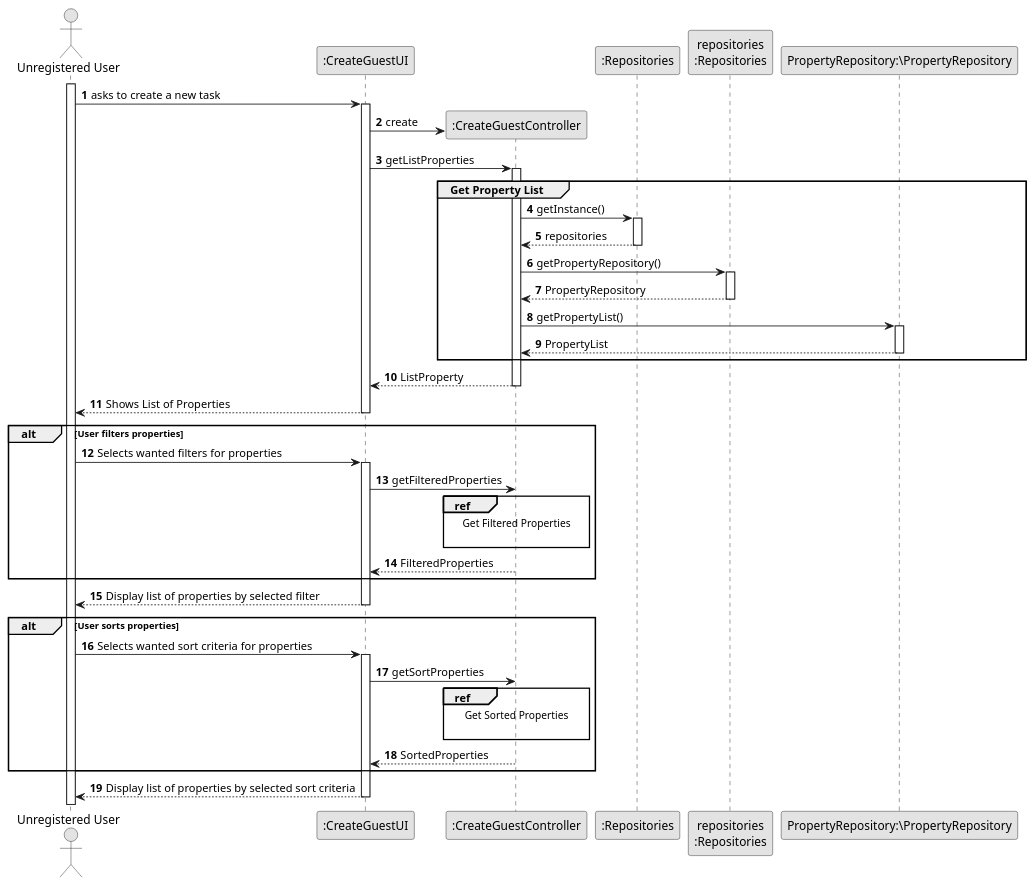
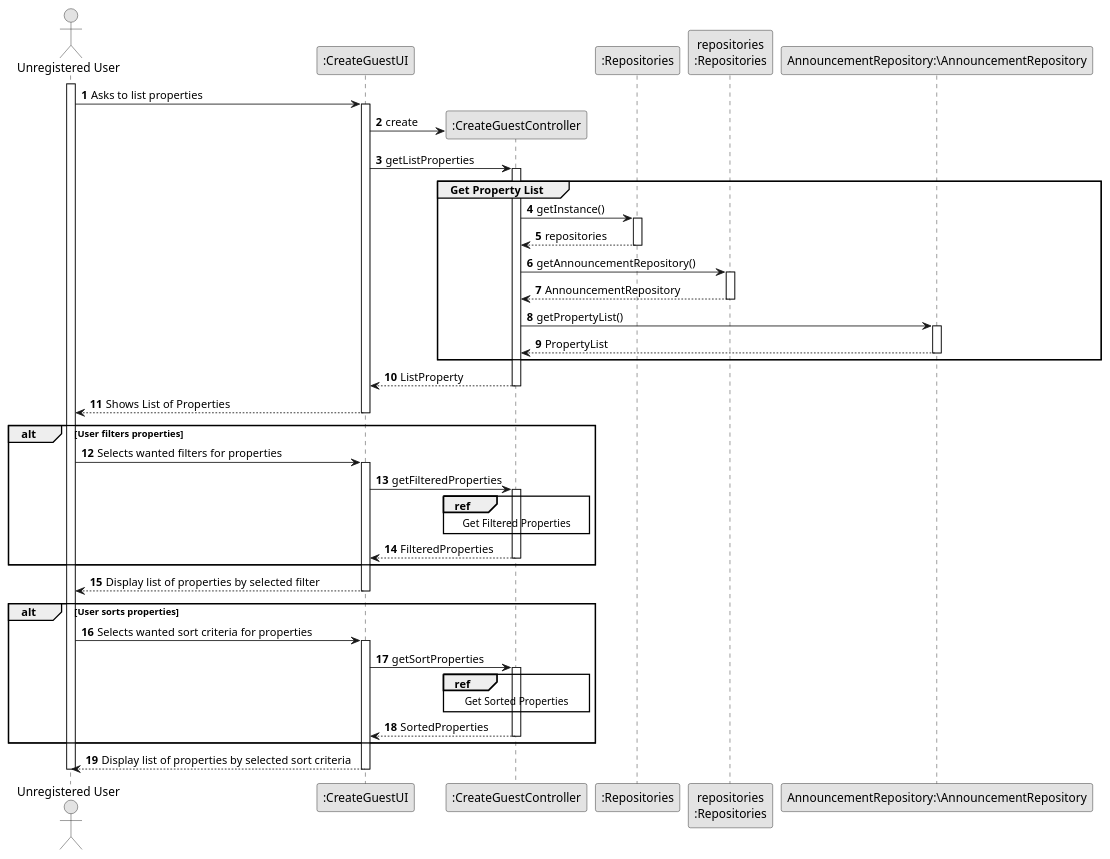
One commit to hugosilva2901/lei-22-s2-1DO-g68 changed the diagram in lei-22-s2-1do-g68/docs/SprintB/us001/03.design/puml/us001-sequence-diagram-full.puml. Above: the diagram before and after it, drawn with PlantUML. The commit also changed 8 other files, not shown here.

```diff
--- a/lei-22-s2-1do-g68/docs/SprintB/us001/03.design/puml/us001-sequence-diagram-full.puml
+++ b/lei-22-s2-1do-g68/docs/SprintB/us001/03.design/puml/us001-sequence-diagram-full.puml
@@ -1,85 +1,89 @@
 @startuml
 skinparam monochrome true
 skinparam packageStyle rectangle
 skinparam shadowing false
 
 autonumber
 
 'hide footbox
 actor "Unregistered User" as ADM
 participant ":CreateGuestUI" as UI
 participant ":CreateGuestController" as CTRL
 participant ":Repositories" as RepositorySingleton
 participant "repositories\n:Repositories" as PLAT
-participant "PropertyRepository:\PropertyRepository" as PropertyRepository
+participant "AnnouncementRepository:\AnnouncementRepository" as AnnouncementRepository
 
 
 
 
 activate ADM
 
-        ADM -> UI : asks to create a new task
+        ADM -> UI : Asks to list properties
 
         activate UI
 
 
             UI -> CTRL** : create
 
             UI -> CTRL : getListProperties
             activate CTRL
 
 
 group Get Property List
                 CTRL -> RepositorySingleton : getInstance()
                 activate RepositorySingleton
 
                     RepositorySingleton --> CTRL: repositories
                 deactivate RepositorySingleton
 
-                CTRL -> PLAT : getPropertyRepository()
+                CTRL -> PLAT : getAnnouncementRepository()
                 activate PLAT
 
-                    PLAT --> CTRL: PropertyRepository
+                    PLAT --> CTRL: AnnouncementRepository
                 deactivate PLAT
 
-    CTRL -> PropertyRepository : getPropertyList()
-             activate PropertyRepository
+    CTRL -> AnnouncementRepository : getPropertyList()
+             activate AnnouncementRepository
 
-                 PropertyRepository --> CTRL : PropertyList
-             deactivate PropertyRepository
+                 AnnouncementRepository --> CTRL : PropertyList
+             deactivate AnnouncementRepository
 
 end
                 CTRL --> UI : ListProperty
             deactivate CTRL
 
             UI --> ADM : Shows List of Properties
         deactivate UI
 alt User filters properties
     ADM -> UI : Selects wanted filters for properties
     activate UI
         UI -> CTRL : getFilteredProperties
+        activate CTRL
         ref over CTRL
             Get Filtered Properties
+        end ref
 
-        end ref
     CTRL --> UI : FilteredProperties
+    deactivate CTRL
     end alt
         UI --> ADM : Display list of properties by selected filter
-        deactivate UI
 
-alt User sorts properties
+    deactivate UI
+    alt User sorts properties
     ADM -> UI : Selects wanted sort criteria for properties
     activate UI
     UI -> CTRL : getSortProperties
+            activate CTRL
             ref over CTRL
                 Get Sorted Properties
-
             end ref
         CTRL --> UI : SortedProperties
+            deactivate CTRL
     end alt
         UI --> ADM : Display list of properties by selected sort criteria
     deactivate UI
 
 
+deactivate ADM
 
 @enduml
```
